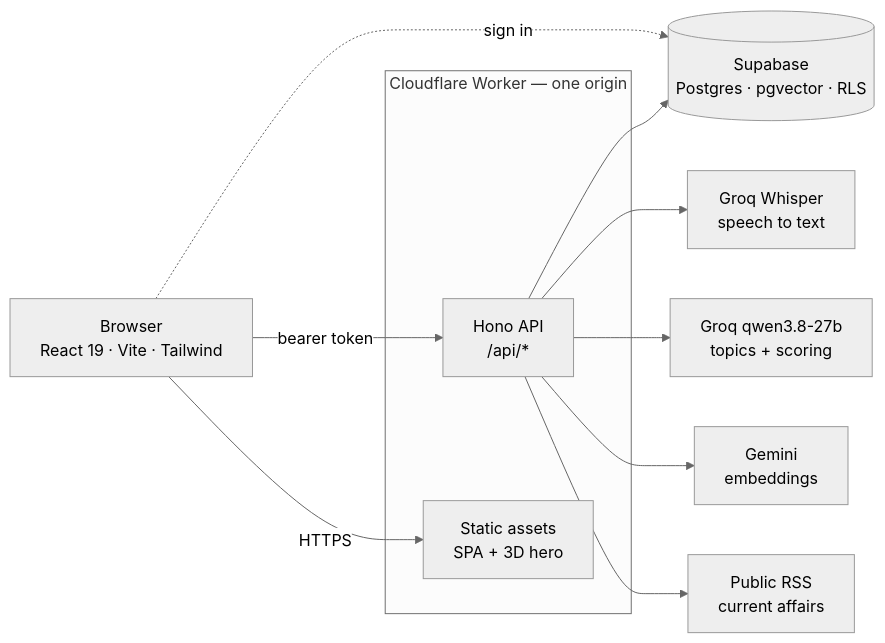
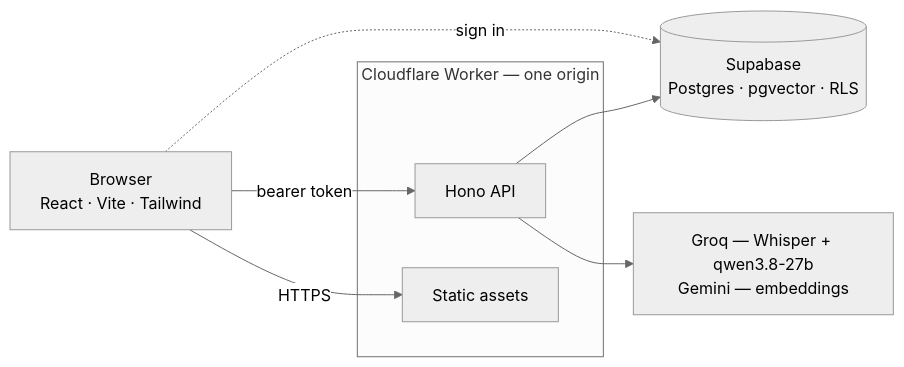
The diagram in README.md (Ashutosh-Chaudhari/Jessica), drawn with Mermaid (neutral theme) before and after one commit. The commit also changed other lines of this file and 3 other files, not shown here.

````diff
--- a/README.md
+++ b/README.md
@@ -51,24 +52,16 @@
 ```mermaid
 flowchart LR
-    B["Browser<br/>React 19 · Vite · Tailwind"]
-
+    B["Browser<br/>React · Vite · Tailwind"]
     subgraph CF["Cloudflare Worker — one origin"]
-        API["Hono API<br/>/api/*"]
-        ST["Static assets<br/>SPA + 3D hero"]
+        API["Hono API"]
+        ST["Static assets"]
     end
-
     DB[("Supabase<br/>Postgres · pgvector · RLS")]
-    STT["Groq Whisper<br/>speech to text"]
-    LLM["Groq qwen3.8-27b<br/>topics + scoring"]
-    EMB["Gemini<br/>embeddings"]
-    RSS["Public RSS<br/>current affairs"]
+    AI["Groq — Whisper + qwen3.8-27b<br/>Gemini — embeddings"]
 
     B -->|HTTPS| ST
     B -->|bearer token| API
     B -.->|sign in| DB
     API --> DB
-    API --> STT
-    API --> LLM
-    API --> EMB
-    API --> RSS
+    API --> AI
 ```
````
